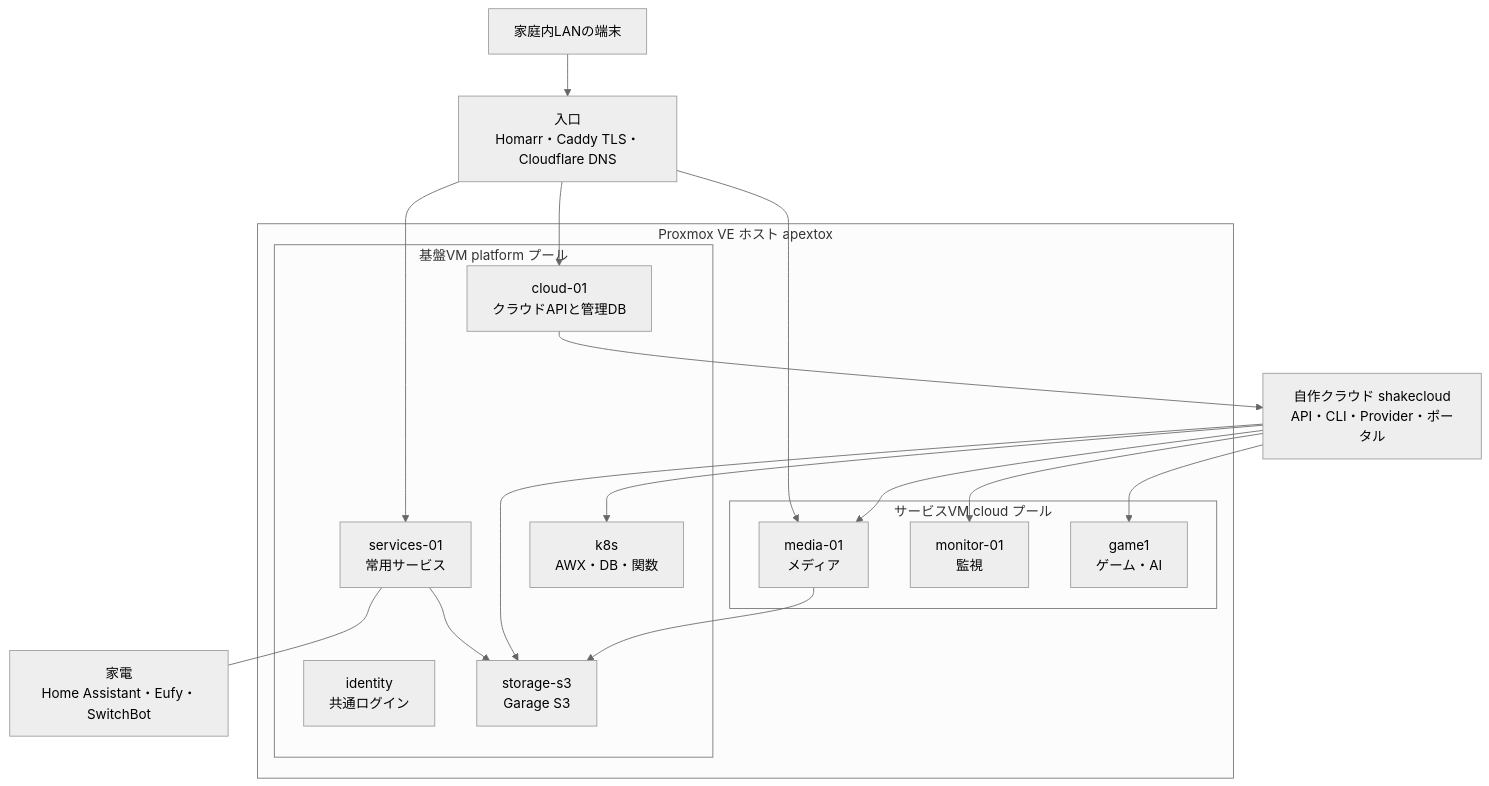
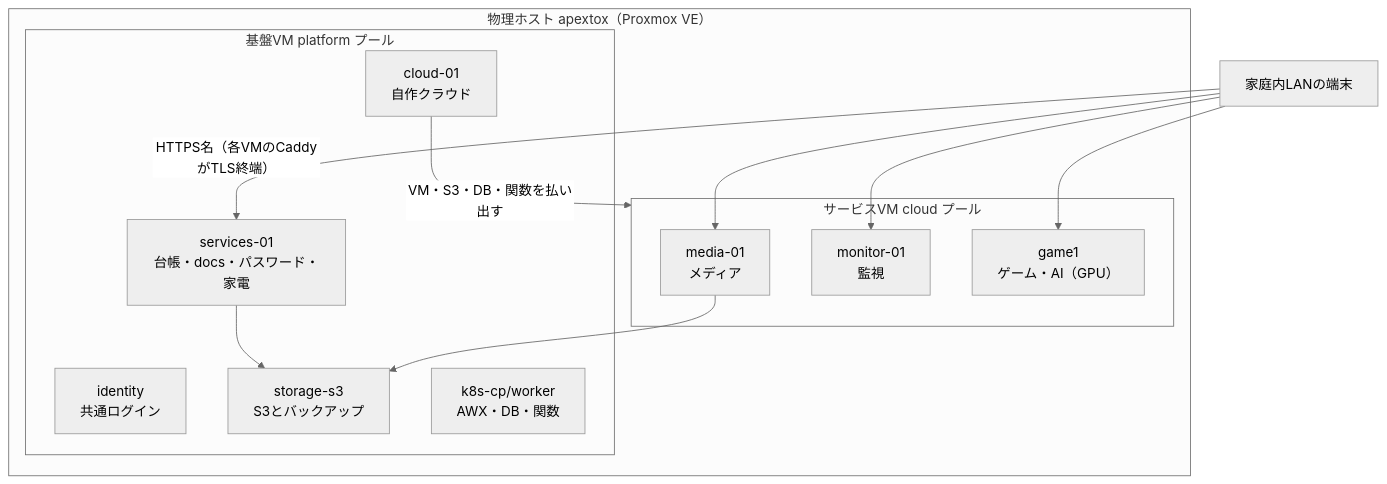
Before and after one commit to rurutheGeek/shake-cloud: the diagram in docs/index.md, drawn with Mermaid (neutral theme). The commit also changed other lines of this file and 74 other files, not shown here.

````diff
--- a/docs/index.md
+++ b/docs/index.md
@@ -9,37 +11,27 @@
 ```mermaid
 flowchart TB
-  user[家庭内LANの端末]
-  entry["入口<br/>Homarr・Caddy TLS・Cloudflare DNS"]
+  devices["家庭内LANの端末"]
 
-  subgraph pve["Proxmox VE ホスト apextox"]
-    subgraph platform["基盤VM platform プール"]
+  subgraph host["物理ホスト apextox（Proxmox VE）"]
+    subgraph infra["基盤VM platform プール"]
       identity["identity<br/>共通ログイン"]
-      cloud01["cloud-01<br/>クラウドAPIと管理DB"]
-      services01["services-01<br/>常用サービス"]
-      s3["storage-s3<br/>Garage S3"]
-      k8s["k8s<br/>AWX・DB・関数"]
+      cloud01["cloud-01<br/>自作クラウド"]
+      services01["services-01<br/>台帳・docs・パスワード・家電"]
+      storage["storage-s3<br/>S3とバックアップ"]
+      k8s["k8s-cp/worker<br/>AWX・DB・関数"]
     end
-    subgraph cloudpool["サービスVM cloud プール"]
+    subgraph svcpool["サービスVM cloud プール"]
       media["media-01<br/>メディア"]
       monitor["monitor-01<br/>監視"]
-      game["game1<br/>ゲーム・AI"]
+      game["game1<br/>ゲーム・AI（GPU）"]
     end
   end
 
-  shake["自作クラウド shakecloud<br/>API・CLI・Provider・ポータル"]
-  ha["家電<br/>Home Assistant・Eufy・SwitchBot"]
-
-  user --> entry
-  entry --> services01
-  entry --> cloud01
-  entry --> media
-  cloud01 --> shake
-  shake --> media
-  shake --> monitor
-  shake --> game
-  shake --> s3
-  shake --> k8s
-  services01 --- ha
-  services01 --> s3
-  media --> s3
+  devices -- "HTTPS名（各VMのCaddyがTLS終端）" --> services01
+  devices --> media
+  devices --> monitor
+  devices --> game
+  cloud01 -- "VM・S3・DB・関数を払い出す" --> svcpool
+  services01 --> storage
+  media --> storage
 ```
````
